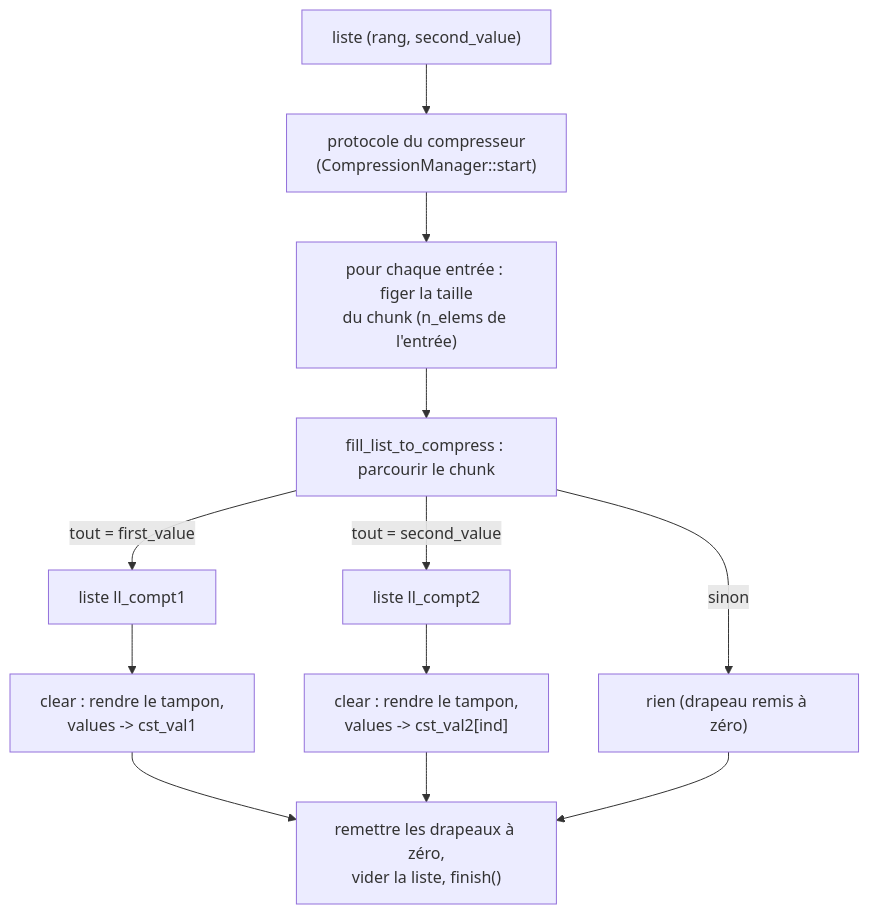
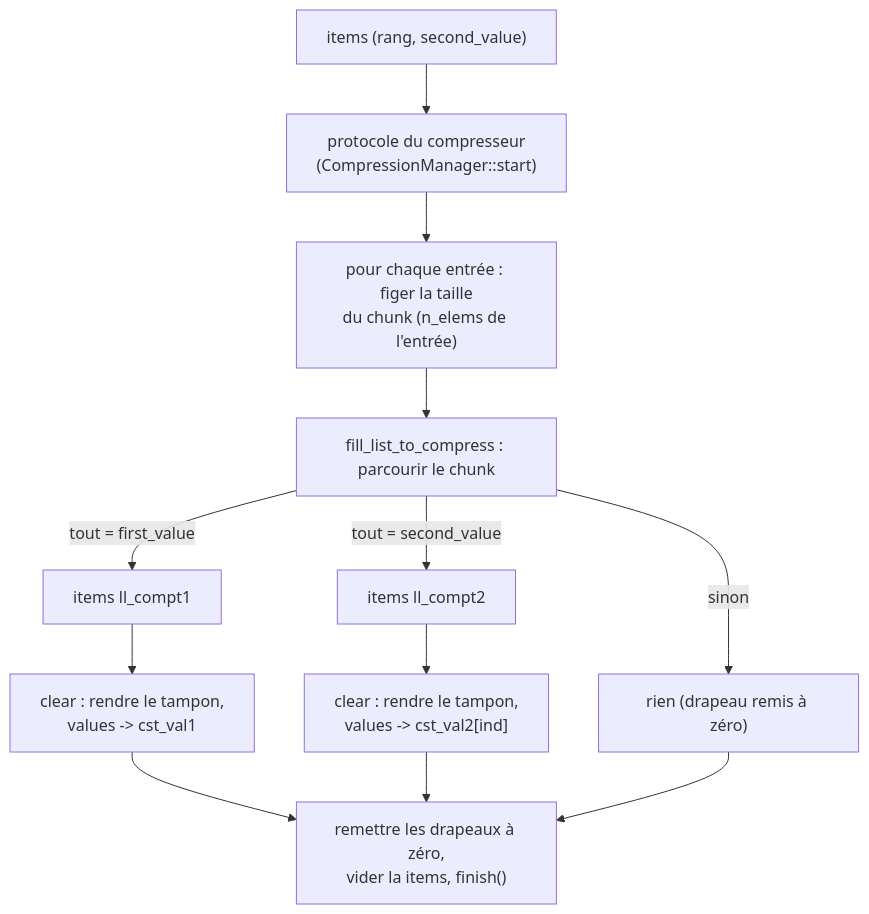
Before and after one commit to cea-hpc/shrink-array: the second of 2 diagrams in docs/algo_zero_one_value_fr.md, drawn with Mermaid. The commit also changed other lines of this file and 99 other files, not shown here.

````diff
--- a/docs/algo_zero_one_value_fr.md
+++ b/docs/algo_zero_one_value_fr.md
@@ -392,14 +392,14 @@
 ```mermaid
 flowchart TD
-    A["liste (rang, second_value)"] --> B["protocole du compresseur<br/>(CompressionManager::start)"]
+    A["items (rang, second_value)"] --> B["protocole du compresseur<br/>(CompressionManager::start)"]
     B --> C["pour chaque entrée : figer la taille<br/>du chunk (n_elems de l'entrée)"]
     C --> D["fill_list_to_compress : parcourir le chunk"]
-    D -->|"tout = first_value"| E["liste ll_compt1"]
-    D -->|"tout = second_value"| F["liste ll_compt2"]
+    D -->|"tout = first_value"| E["items ll_compt1"]
+    D -->|"tout = second_value"| F["items ll_compt2"]
     D -->|"sinon"| G["rien (drapeau remis à zéro)"]
     E --> H["clear : rendre le tampon,<br/>values -> cst_val1"]
     F --> I["clear : rendre le tampon,<br/>values -> cst_val2[ind]"]
-    H --> J["remettre les drapeaux à zéro,<br/>vider la liste, finish()"]
+    H --> J["remettre les drapeaux à zéro,<br/>vider la items, finish()"]
     I --> J
     G --> J
 ```
````
